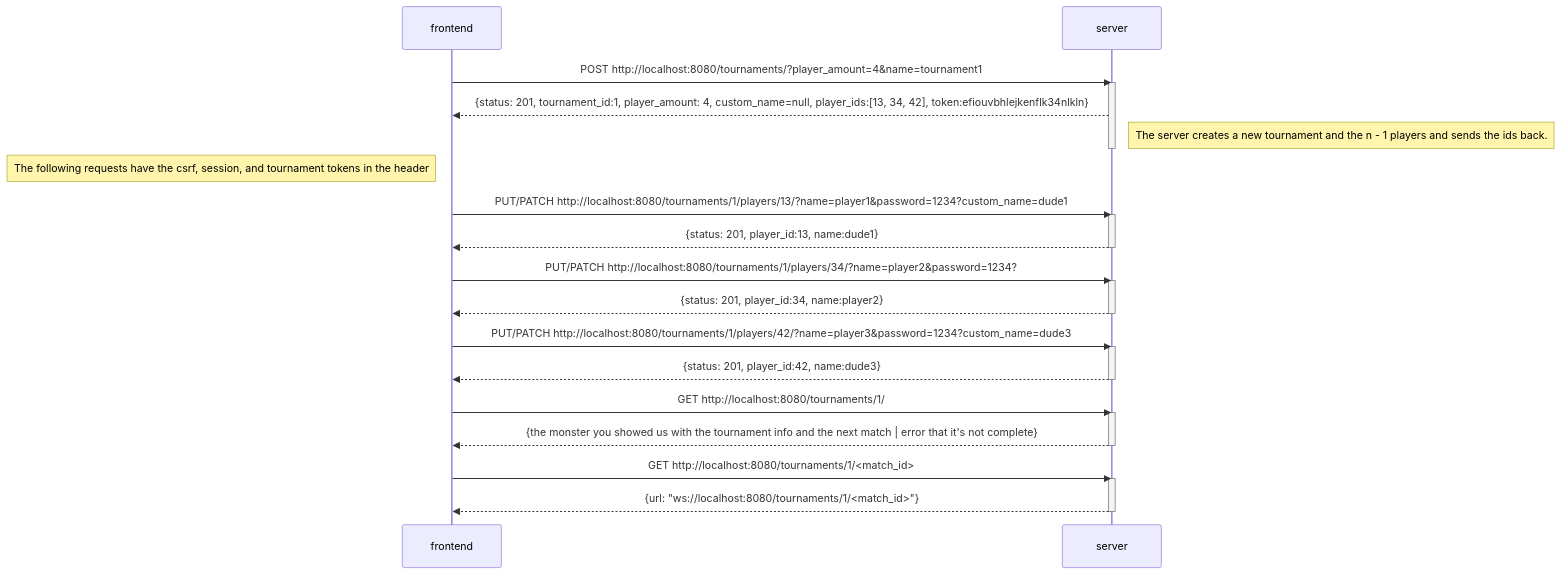
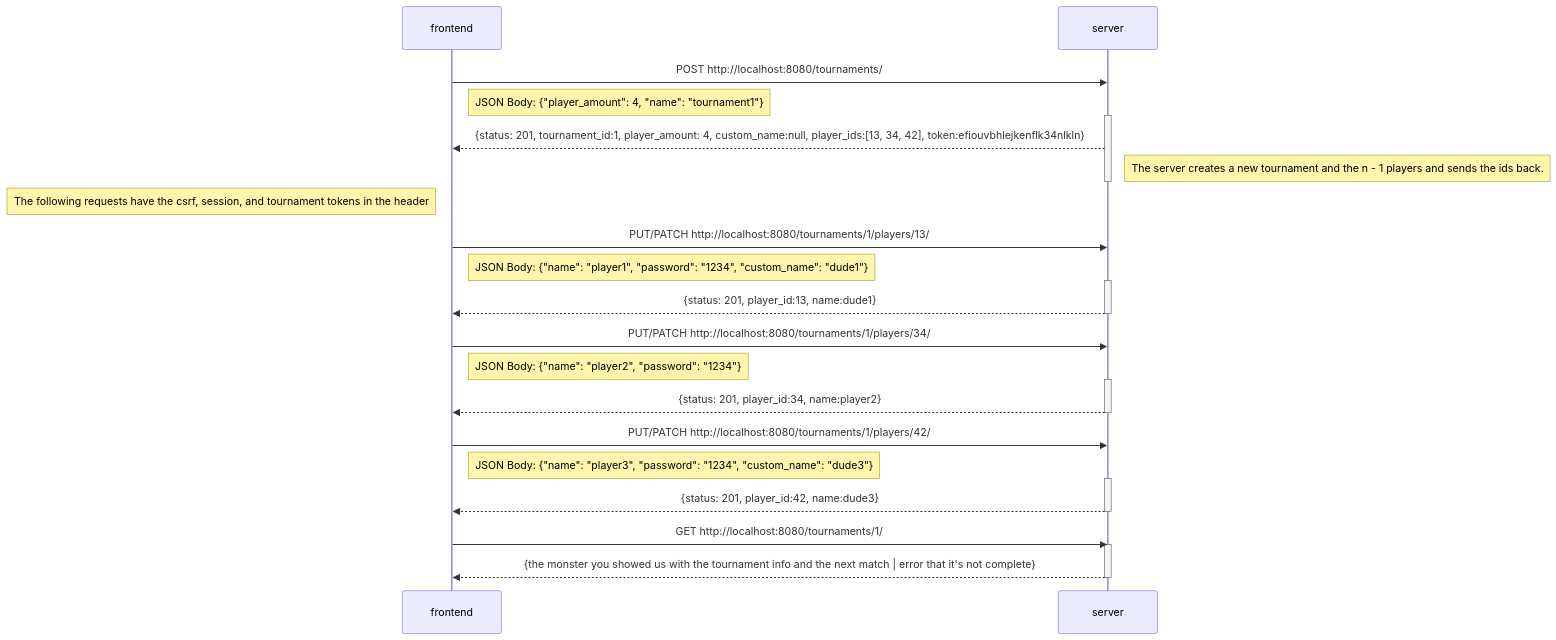
Before and after one commit to dorianjagusch/ft_transcendence: the diagram in tournament_api.md, drawn with Mermaid.

Commit message:
use notes instead or ambiguous URL params for json body

````diff
--- a/tournament_api.md
+++ b/tournament_api.md
@@ -1,38 +1,36 @@
 ```mermaid
-	sequenceDiagram
-		participant frontend
-		participant server
+sequenceDiagram
+    participant frontend
+    participant server
 
-		frontend->>server: POST http://localhost:8080/tournaments/?player_amount=4&name=tournament1
-		activate server
-		server-->>frontend: {status: 201, tournament_id:1, player_amount: 4, custom_name=null, player_ids:[13, 34, 42], token:efiouvbhlejkenflk34nlkln}
-		Note right of server: The server creates a new tournament and the n - 1 players and sends the ids back.
-		deactivate server
+    frontend->>server: POST http://localhost:8080/tournaments/
+    Note right of frontend: JSON Body: {"player_amount": 4, "name": "tournament1"}
+    activate server
+    server-->>frontend: {status: 201, tournament_id:1, player_amount: 4, custom_name:null, player_ids:[13, 34, 42], token:efiouvbhlejkenflk34nlkln}
+    Note right of server: The server creates a new tournament and the n - 1 players and sends the ids back.
+    deactivate server
 
-		Note left of frontend: The following requests have the csrf, session, and tournament tokens in the header
-		frontend->>server: PUT/PATCH http://localhost:8080/tournaments/1/players/13/?name=player1&password=1234?custom_name=dude1
-		activate server
-		server-->>frontend: {status: 201, player_id:13, name:dude1}
-		deactivate server
+    Note left of frontend: The following requests have the csrf, session, and tournament tokens in the header
+    frontend->>server: PUT/PATCH http://localhost:8080/tournaments/1/players/13/
+    Note right of frontend: JSON Body: {"name": "player1", "password": "1234", "custom_name": "dude1"}
+    activate server
+    server-->>frontend: {status: 201, player_id:13, name:dude1}
+    deactivate server
 
-		frontend->>server: PUT/PATCH http://localhost:8080/tournaments/1/players/34/?name=player2&password=1234?
-		activate server
-		server-->>frontend: {status: 201, player_id:34, name:player2}
-		deactivate server
+    frontend->>server: PUT/PATCH http://localhost:8080/tournaments/1/players/34/
+    Note right of frontend: JSON Body: {"name": "player2", "password": "1234"}
+    activate server
+    server-->>frontend: {status: 201, player_id:34, name:player2}
+    deactivate server
 
-		frontend->>server: PUT/PATCH http://localhost:8080/tournaments/1/players/42/?name=player3&password=1234?custom_name=dude3
-		activate server
-		server-->>frontend: {status: 201, player_id:42, name:dude3}
-		deactivate server
+    frontend->>server: PUT/PATCH http://localhost:8080/tournaments/1/players/42/
+    Note right of frontend: JSON Body: {"name": "player3", "password": "1234", "custom_name": "dude3"}
+    activate server
+    server-->>frontend: {status: 201, player_id:42, name:dude3}
+    deactivate server
 
-		frontend->>server: GET http://localhost:8080/tournaments/1/
-		activate server
-		server-->>frontend: {the monster you showed us with the tournament info and the next match | error that it's not complete}
-		deactivate server
-
-		frontend->>server: GET http://localhost:8080/tournaments/1/<match_id>
-		activate server
-		server-->>frontend: {url: "ws://localhost:8080/tournaments/1/<match_id>"}
-		deactivate server
-
+    frontend->>server: GET http://localhost:8080/tournaments/1/
+    activate server
+    server-->>frontend: {the monster you showed us with the tournament info and the next match | error that it's not complete}
+    deactivate server
 ```
````
